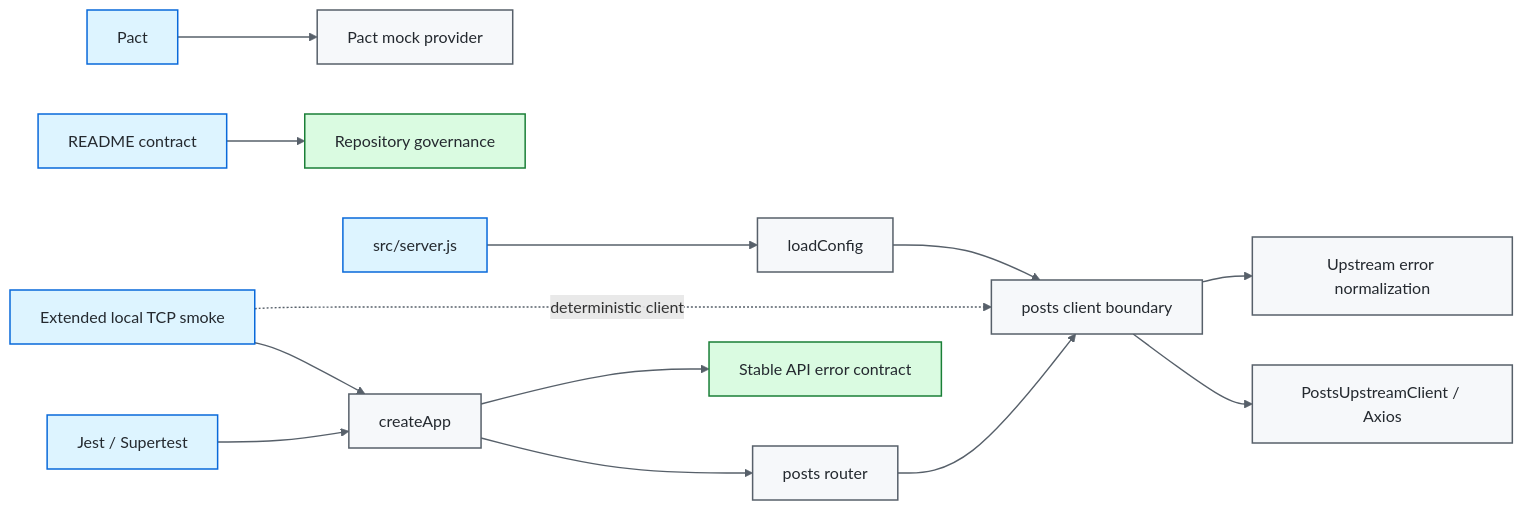
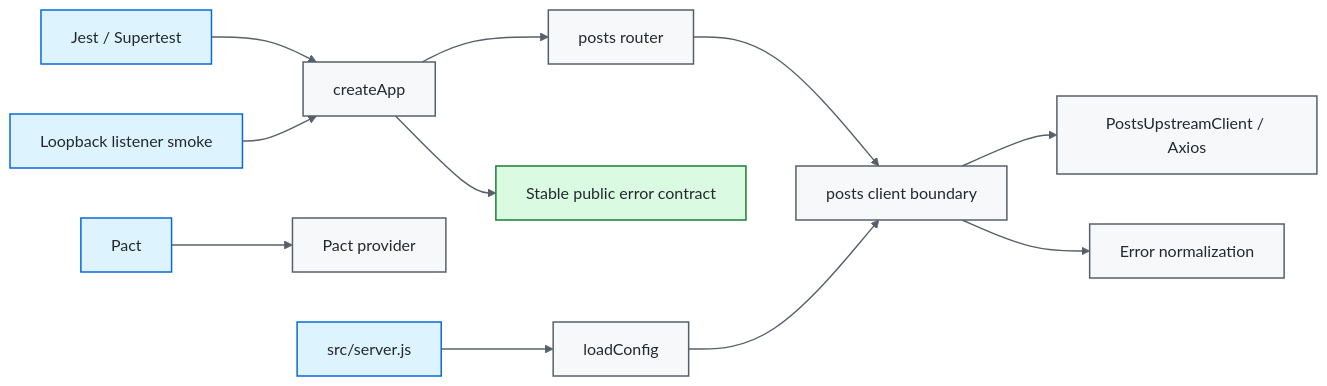
The diagram in README.md (portyu9/qa-automation-node-supertest), drawn with Mermaid before and after one commit. The commit also changed other lines of this file, not shown here.

````diff
--- a/README.md
+++ b/README.md
@@ -36,23 +40,21 @@
 ```mermaid
 flowchart LR
     TEST[Jest / Supertest] --> APP[createApp]
     APP --> ROUTE[posts router]
     ROUTE --> PORT[posts client boundary]
     PORT --> AXIOS[PostsUpstreamClient / Axios]
-    PORT --> ERR[Upstream error normalization]
-    CONTRACT[Pact] --> PROVIDER[Pact mock provider]
-    LISTENER[Extended local TCP smoke] --> APP
-    LISTENER -. deterministic client .-> PORT
+    PORT --> ERR[Error normalization]
+    PACT[Pact] --> MOCK[Pact provider]
+    LISTENER[Loopback listener smoke] --> APP
     SERVER[src/server.js] --> CFG[loadConfig]
     CFG --> PORT
-    APP --> ENVELOPE[Stable API error contract]
-    DOCS[README contract] --> GOVERN[Repository governance]
+    APP --> ENVELOPE[Stable public error contract]
 
     classDef entry fill:#ddf4ff,stroke:#0969da,color:#24292f,stroke-width:1.5px;
     classDef core fill:#f6f8fa,stroke:#57606a,color:#24292f,stroke-width:1.5px;
     classDef evidence fill:#dafbe1,stroke:#1a7f37,color:#24292f,stroke-width:1.5px;
-    class TEST,CONTRACT,LISTENER,SERVER,DOCS entry;
-    class APP,ROUTE,PORT,AXIOS,ERR,PROVIDER,CFG core;
-    class ENVELOPE,GOVERN evidence;
+    class TEST,PACT,LISTENER,SERVER entry;
+    class APP,ROUTE,PORT,AXIOS,ERR,MOCK,CFG core;
+    class ENVELOPE evidence;
     linkStyle default stroke:#57606a,stroke-width:1.4px;
 ```
````
